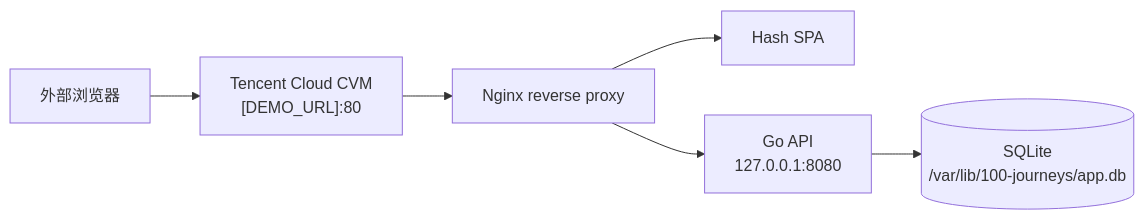
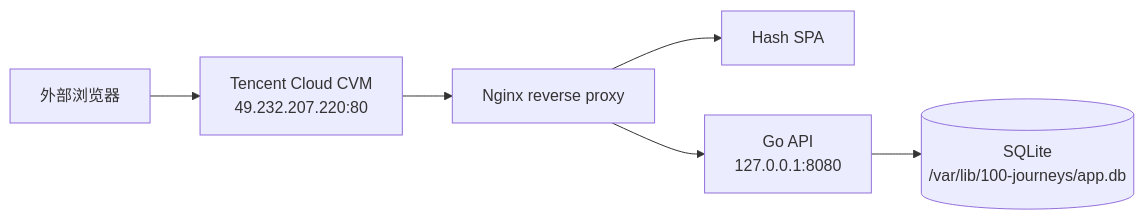
The first of 5 diagrams in README.md (LibertychaserUS/100-journeys), drawn with Mermaid before and after one commit. The commit also changed other lines of this file, not shown here.

Commit message:
docs: neutralize public readme and add demo URL

````diff
--- a/README.md
+++ b/README.md
@@ -48,8 +48,8 @@
 ```mermaid
 flowchart LR
-    browser["外部浏览器"] --> cvm["Tencent Cloud CVM<br/>[DEMO_URL]:80"]
+    browser["外部浏览器"] --> cvm["Tencent Cloud CVM<br/>49.232.207.220:80"]
     cvm --> nginx["Nginx reverse proxy"]
     nginx --> spa["Hash SPA"]
     nginx --> api["Go API<br/>127.0.0.1:8080"]
     api --> sqlite[("SQLite<br/>/var/lib/100-journeys/app.db")]
 ```
````
